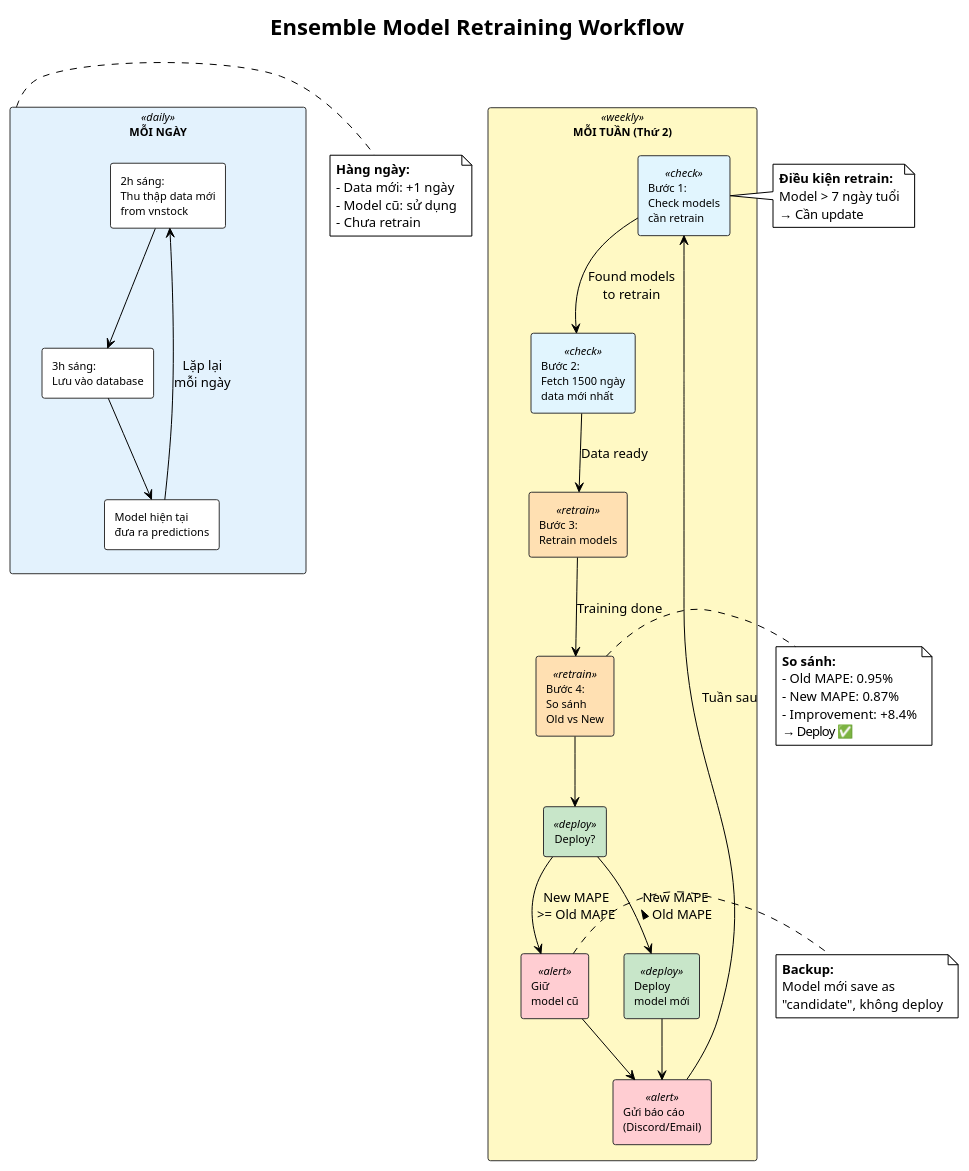
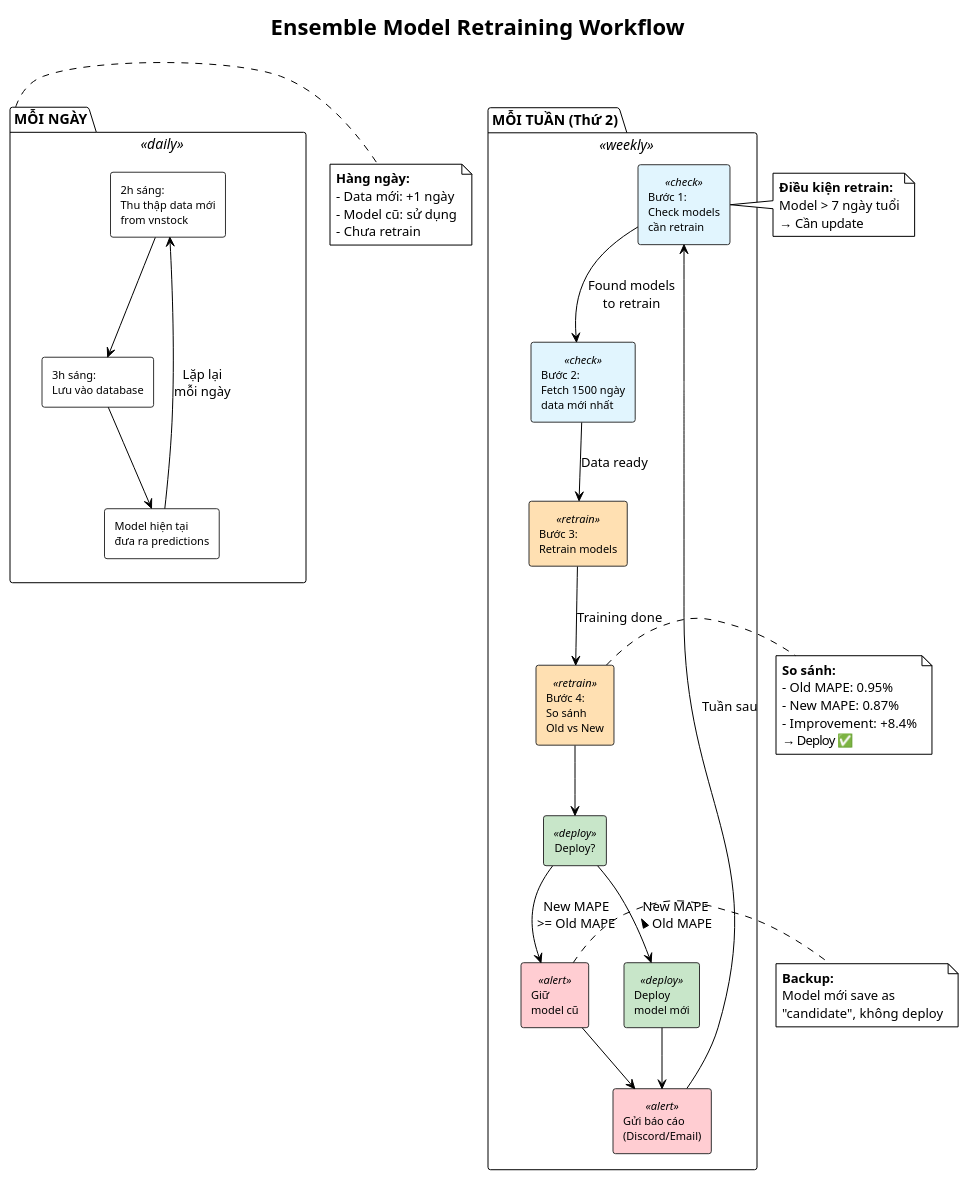
The diagram in diagrams/agent_diagrams/retraining_workflow.puml (GiangNV-HUST/DATN), drawn with PlantUML before and after one commit. The commit also changed 22 other files, not shown here.

First line of the commit message:
fix: Fix PlantUML nested rectangle syntax errors

```diff
--- a/diagrams/agent_diagrams/retraining_workflow.puml
+++ b/diagrams/agent_diagrams/retraining_workflow.puml
@@ -2,83 +2,83 @@
 @startuml retraining_workflow
 !theme plain
 skinparam backgroundColor #FFFFFF
 skinparam shadowing false
 skinparam defaultFontName "Times New Roman"
 
 skinparam rectangle {
     BackgroundColor<<daily>> #E3F2FD
     BackgroundColor<<weekly>> #FFF9C4
     BackgroundColor<<check>> #E1F5FE
     BackgroundColor<<retrain>> #FFE0B2
     BackgroundColor<<deploy>> #C8E6C9
     BackgroundColor<<alert>> #FFCDD2
     BorderColor #333333
     FontSize 11
 }
 
 title Ensemble Model Retraining Workflow
 
-rectangle "MỖI NGÀY" as daily <<daily>> {
+package "MỖI NGÀY" as daily <<daily>> {
     rectangle "2h sáng:\nThu thập data mới\nfrom vnstock" as collect
     rectangle "3h sáng:\nLưu vào database" as save_db
     rectangle "Model hiện tại\nđưa ra predictions" as predict
 }
 
-rectangle "MỖI TUẦN (Thứ 2)" as weekly <<weekly>> {
+package "MỖI TUẦN (Thứ 2)" as weekly <<weekly>> {
     rectangle "Bước 1:\nCheck models\ncần retrain" as check <<check>>
     rectangle "Bước 2:\nFetch 1500 ngày\ndata mới nhất" as fetch <<check>>
     rectangle "Bước 3:\nRetrain models" as retrain <<retrain>>
     rectangle "Bước 4:\nSo sánh\nOld vs New" as compare <<retrain>>
 
     rectangle "Deploy?" as decision <<deploy>>
     rectangle "Deploy\nmodel mới" as deploy_yes <<deploy>>
     rectangle "Giữ\nmodel cũ" as deploy_no <<alert>>
 
     rectangle "Gửi báo cáo\n(Discord/Email)" as notify <<alert>>
 }
 
 collect --> save_db
 save_db --> predict
 predict --> collect : "Lặp lại\nmỗi ngày"
 
 check --> fetch : "Found models\nto retrain"
 fetch --> retrain : "Data ready"
 retrain --> compare : "Training done"
 
 compare --> decision
 decision --> deploy_yes : "New MAPE\n< Old MAPE"
 decision --> deploy_no : "New MAPE\n>= Old MAPE"
 
 deploy_yes --> notify
 deploy_no --> notify
 
 notify --> check : "Tuần sau"
 
 note right of daily
   **Hàng ngày:**
   - Data mới: +1 ngày
   - Model cũ: sử dụng
   - Chưa retrain
 end note
 
 note right of check
   **Điều kiện retrain:**
   Model > 7 ngày tuổi
   → Cần update
 end note
 
 note right of compare
   **So sánh:**
   - Old MAPE: 0.95%
   - New MAPE: 0.87%
   - Improvement: +8.4%
   → Deploy ✅
 end note
 
 note right of deploy_no
   **Backup:**
   Model mới save as
   "candidate", không deploy
 end note
 
 @enduml
```
